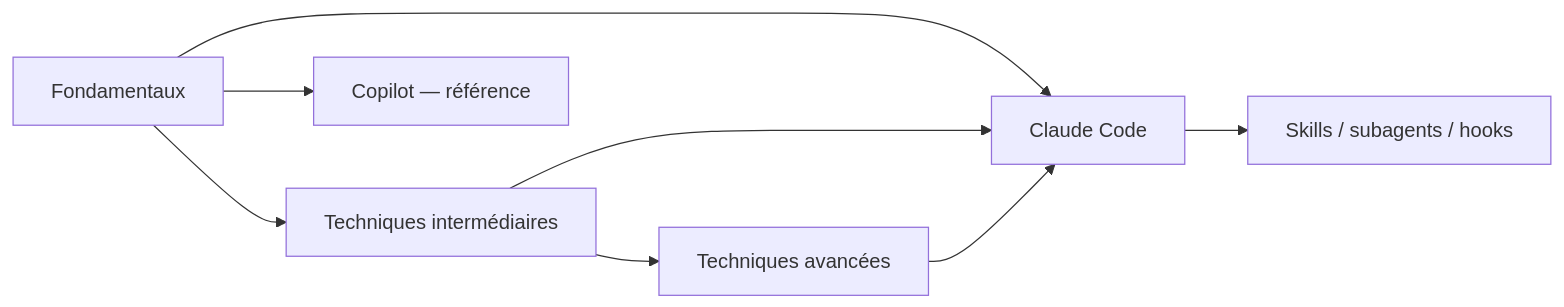
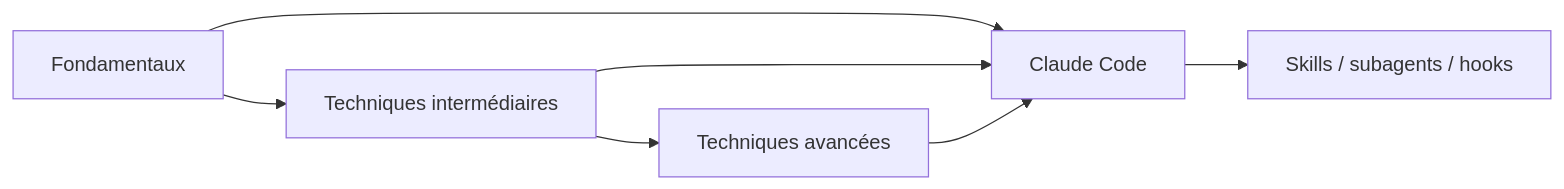
Before and after one commit to FTurleque/doc-utilisation-ia: the second of 2 diagrams in docs/chapitre-5-prompt-engineering/index.md, drawn with Mermaid. The commit also changed other lines of this file and 190 other files, not shown here.

````diff
--- a/docs/chapitre-5-prompt-engineering/index.md
+++ b/docs/chapitre-5-prompt-engineering/index.md
@@ -145,10 +141,9 @@
 ```mermaid
 graph LR
     A["Fondamentaux"] --> B["Techniques intermédiaires"]
     B --> C["Techniques avancées"]
     A --> D["Claude Code"]
     B --> D
     C --> D
     D --> E["Skills / subagents / hooks"]
-    A --> F["Copilot — référence"]
 ```
````
